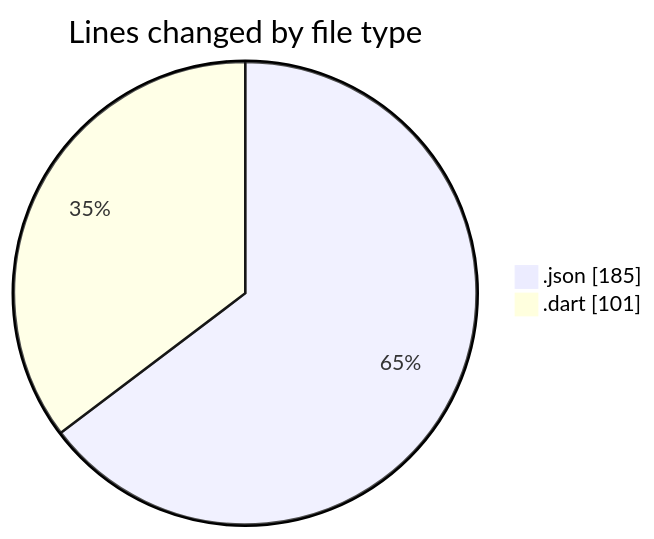
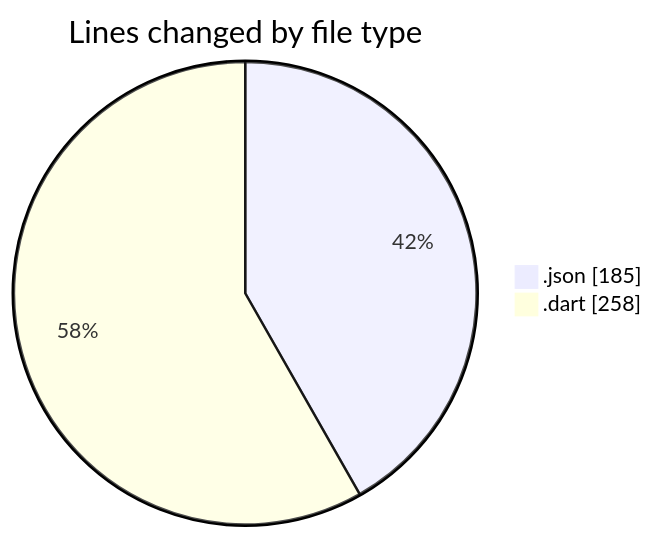
The first of 2 diagrams in 2025-06-15/projects/README.md (Ritupan-Deka/code-tracking), drawn with Mermaid before and after one commit. The commit also changed other lines of this file and 1 other file, not shown here.

````diff
--- a/2025-06-15/projects/README.md
+++ b/2025-06-15/projects/README.md
@@ -21,6 +22,6 @@
 ```mermaid
 pie showData
 title Lines changed by file type
 ".json" : 185
-".dart" : 101
+".dart" : 258
 ```
````
